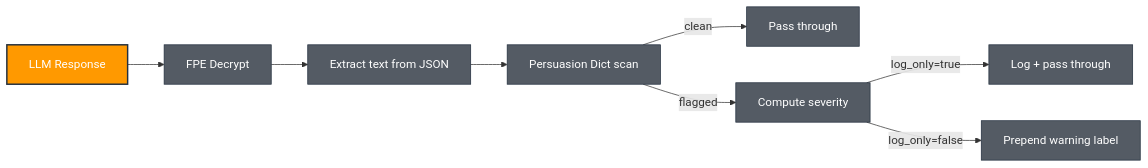
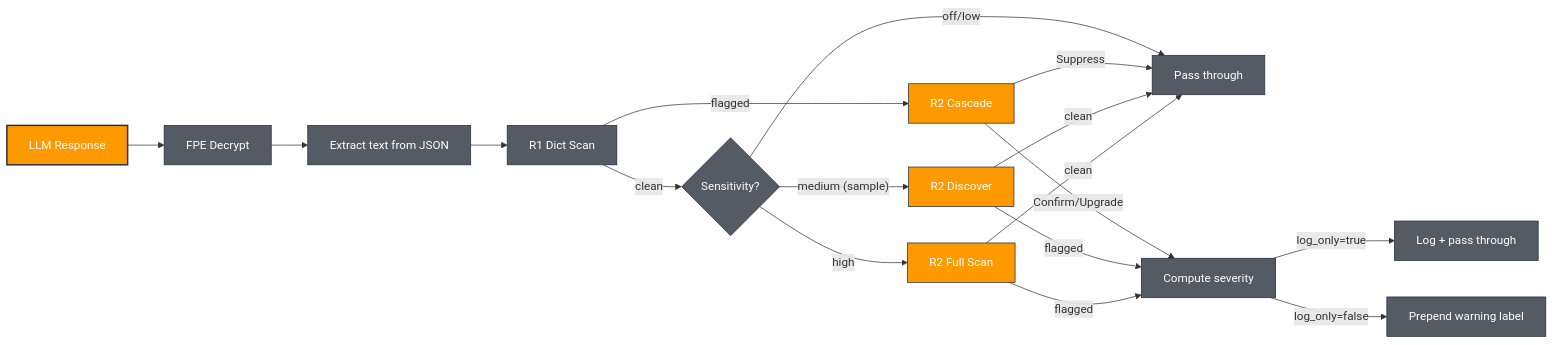
One commit to OpenObscure/OpenObscure changed diagram 15 of 15 in ARCHITECTURE.md. Above: the diagram before and after it, drawn with Mermaid. The commit also changed other lines of this file and 19 other files, not shown here.

````diff
--- a/ARCHITECTURE.md
+++ b/ARCHITECTURE.md
@@ -774,19 +779,32 @@
 ```mermaid
 flowchart LR
     llm["LLM Response"] --> decrypt["FPE Decrypt"]
     decrypt --> extract["Extract text from JSON"]
-    extract --> scan["Persuasion Dict scan"]
-    scan -->|"clean"| pass["Pass through"]
-    scan -->|"flagged"| severity["Compute severity"]
+    extract --> r1["R1 Dict Scan"]
+    r1 -->|"clean"| r2check{"Sensitivity?"}
+    r1 -->|"flagged"| r2confirm["R2 Cascade"]
+    r2check -->|"off/low"| pass["Pass through"]
+    r2check -->|"medium (sample)"| r2discover["R2 Discover"]
+    r2check -->|"high"| r2full["R2 Full Scan"]
+    r2confirm -->|"Confirm/Upgrade"| severity["Compute severity"]
+    r2confirm -->|"Suppress"| pass
+    r2discover -->|"flagged"| severity
+    r2discover -->|"clean"| pass
+    r2full -->|"flagged"| severity
+    r2full -->|"clean"| pass
     severity -->|"log_only=true"| logonly["Log + pass through"]
     severity -->|"log_only=false"| label["Prepend warning label"]
 
     style llm fill:#ff9900,stroke:#232F3E,stroke-width:2px,color:#fff
     style decrypt fill:#545b64,stroke:#232F3E,color:#fff
     style extract fill:#545b64,stroke:#232F3E,color:#fff
-    style scan fill:#545b64,stroke:#232F3E,color:#fff
+    style r1 fill:#545b64,stroke:#232F3E,color:#fff
+    style r2check fill:#545b64,stroke:#232F3E,color:#fff
+    style r2confirm fill:#ff9900,stroke:#232F3E,color:#fff
+    style r2discover fill:#ff9900,stroke:#232F3E,color:#fff
+    style r2full fill:#ff9900,stroke:#232F3E,color:#fff
     style pass fill:#545b64,stroke:#232F3E,color:#fff
     style severity fill:#545b64,stroke:#232F3E,color:#fff
     style logonly fill:#545b64,stroke:#232F3E,color:#fff
     style label fill:#545b64,stroke:#232F3E,color:#fff
 ```
````
